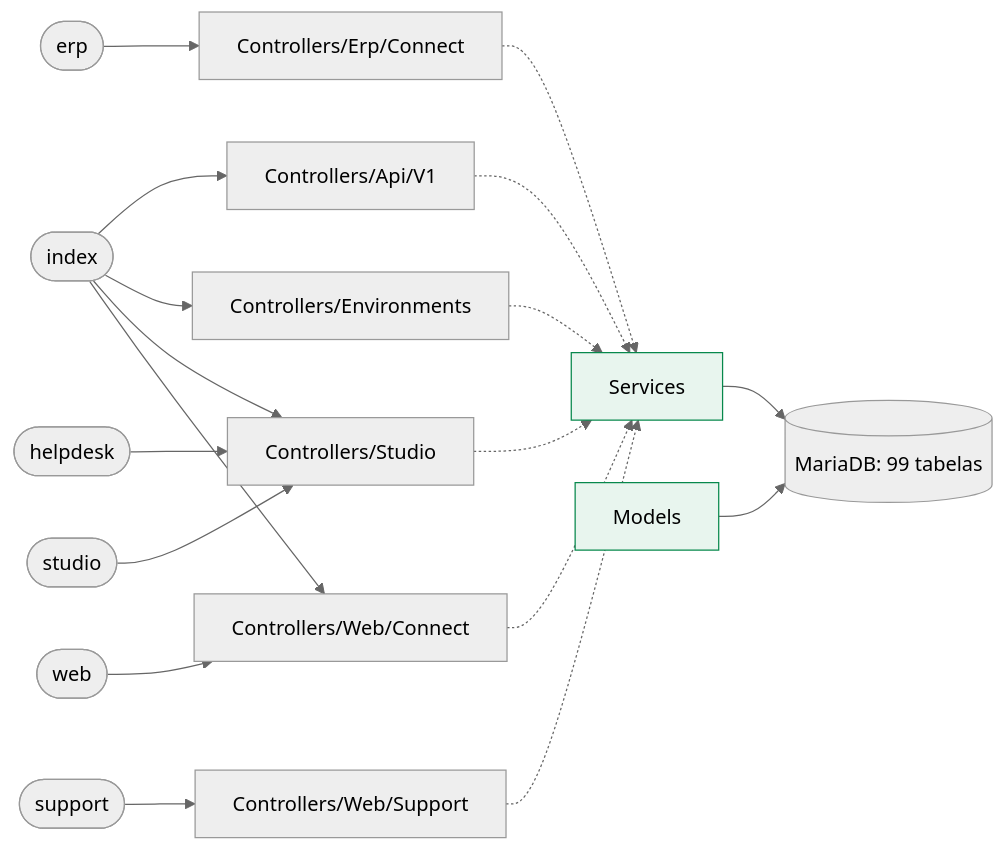
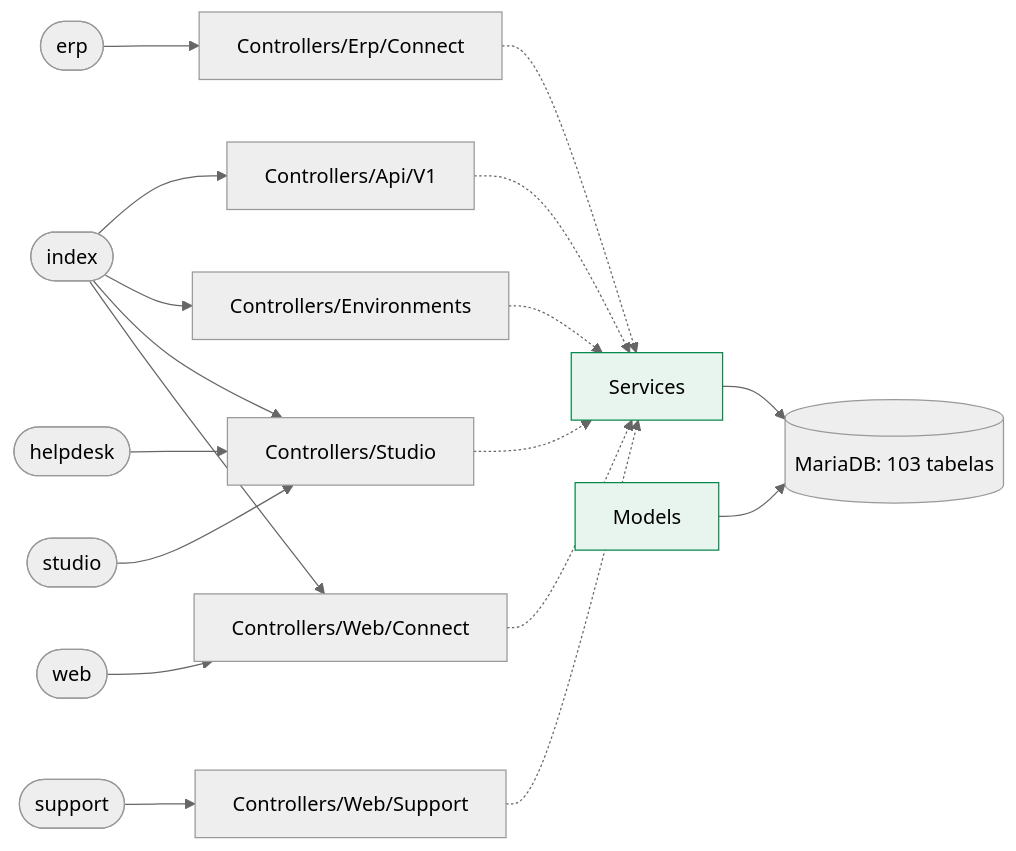
Before and after one commit to djalmamartins/connect-erp: the first of 2 diagrams in docs/map/README.md, drawn with Mermaid (neutral theme). The commit also changed other lines of this file and 1 other file, not shown here.

````diff
--- a/docs/map/README.md
+++ b/docs/map/README.md
@@ -13,30 +13,30 @@
 ```mermaid
 flowchart LR
   env_erp(["erp"])
   env_erp --> pkg_Controllers_Erp_Connect["Controllers/Erp/Connect"]
   env_helpdesk(["helpdesk"])
   env_helpdesk --> pkg_Controllers_Studio["Controllers/Studio"]
   env_index(["index"])
   env_index --> pkg_Controllers_Api_V1["Controllers/Api/V1"]
   env_index --> pkg_Controllers_Environments["Controllers/Environments"]
   env_index --> pkg_Controllers_Studio["Controllers/Studio"]
   env_index --> pkg_Controllers_Web_Connect["Controllers/Web/Connect"]
   env_studio(["studio"])
   env_studio --> pkg_Controllers_Studio["Controllers/Studio"]
   env_support(["support"])
   env_support --> pkg_Controllers_Web_Support["Controllers/Web/Support"]
   env_web(["web"])
   env_web --> pkg_Controllers_Web_Connect["Controllers/Web/Connect"]
   pkg_svc["Services"]:::svc
   pkg_mdl["Models"]:::svc
-  db[("MariaDB: 99 tabelas")]
+  db[("MariaDB: 103 tabelas")]
   pkg_Controllers_Api_V1 -.-> pkg_svc
   pkg_Controllers_Environments -.-> pkg_svc
   pkg_Controllers_Erp_Connect -.-> pkg_svc
   pkg_Controllers_Studio -.-> pkg_svc
   pkg_Controllers_Web_Connect -.-> pkg_svc
   pkg_Controllers_Web_Support -.-> pkg_svc
   pkg_svc --> db
   pkg_mdl --> db
   classDef svc fill:#e8f5ee,stroke:#07884c
 ```
````
